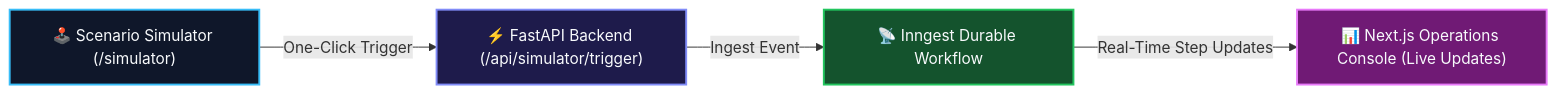
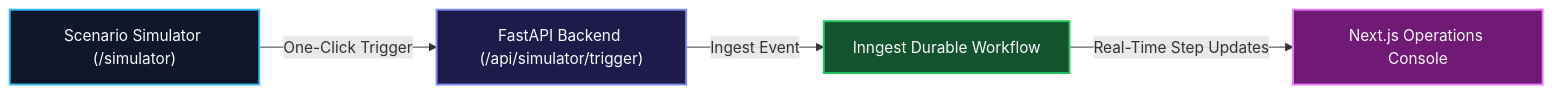
Before and after one commit to TwilightDawn7/AI-Revenue-Recovery-Agent: the first of 2 diagrams in docs/DEMO_SCENARIOS.md, drawn with Mermaid. The commit also changed other lines of this file and 5 other files, not shown here.

Commit message:
fix(docs): resolve Mermaid syntax and parser compatibility issues in architecture and spec diagrams

````diff
--- a/docs/DEMO_SCENARIOS.md
+++ b/docs/DEMO_SCENARIOS.md
@@ -10,11 +10,11 @@
 ```mermaid
 flowchart LR
-    A["🕹️ Scenario Simulator (/simulator)"] -->|One-Click Trigger| B["⚡ FastAPI Backend (/api/simulator/trigger)"]
-    B -->|Ingest Event| C["📡 Inngest Durable Workflow"]
-    C -->|Real-Time Step Updates| D["📊 Next.js Operations Console (Live Updates)"]
+    A["Scenario Simulator (/simulator)"] -->|One-Click Trigger| B["FastAPI Backend (/api/simulator/trigger)"]
+    B -->|Ingest Event| C["Inngest Durable Workflow"]
+    C -->|Real-Time Step Updates| D["Next.js Operations Console"]
 
     style A fill:#0f172a,stroke:#38bdf8,stroke-width:2px,color:#f8fafc
     style B fill:#1e1b4b,stroke:#818cf8,stroke-width:2px,color:#f8fafc
     style C fill:#14532d,stroke:#22c55e,stroke-width:2px,color:#f8fafc
     style D fill:#701a75,stroke:#e879f9,stroke-width:2px,color:#f8fafc
 ```
````
